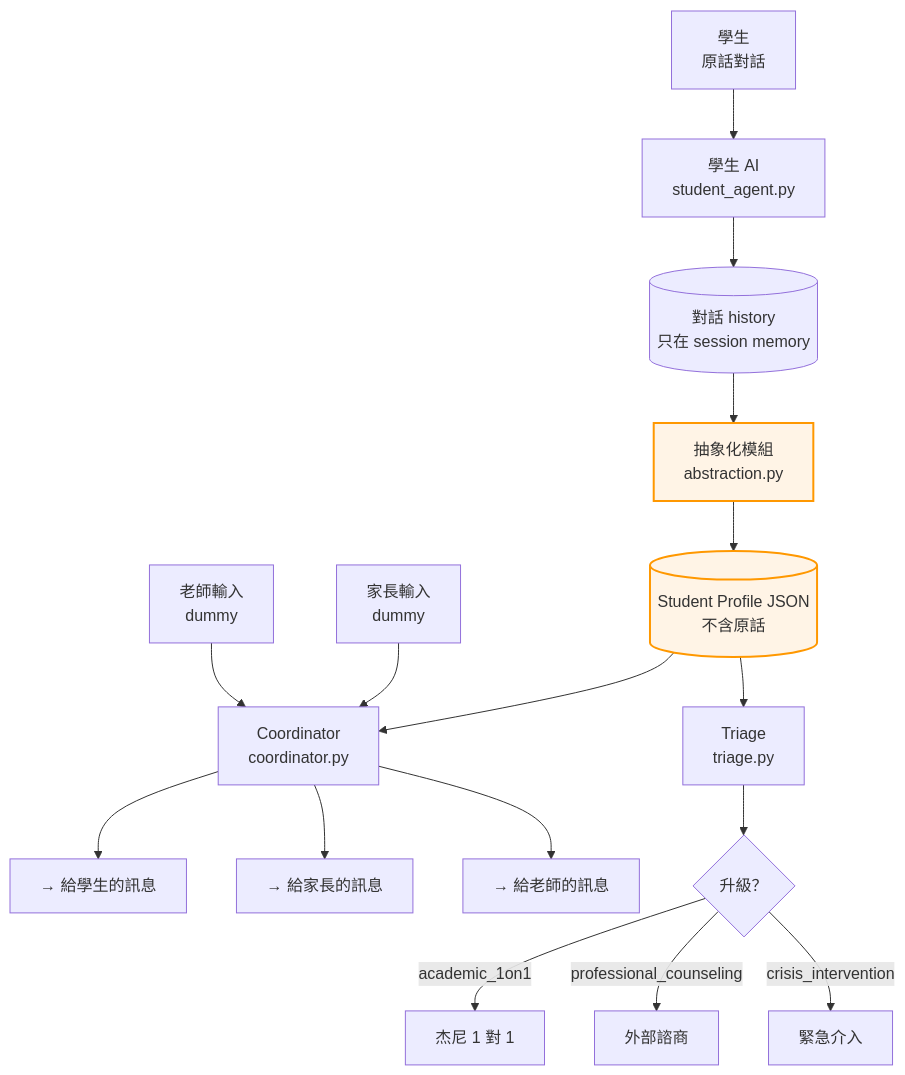
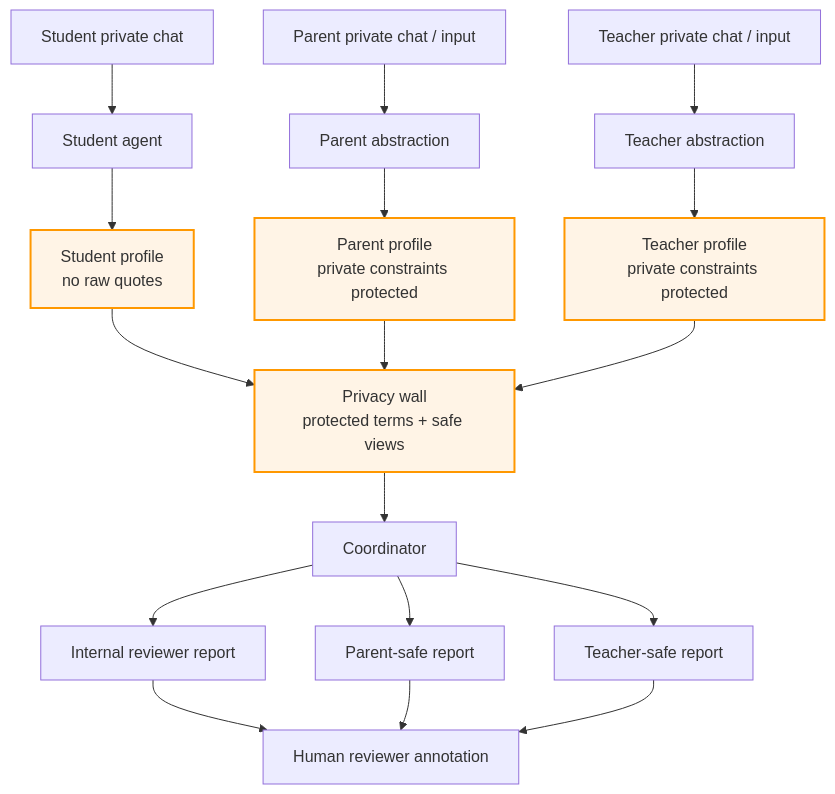
Before and after one commit to alanhdchu154/three-party-ai-mvp: the diagram in README.md, drawn with Mermaid. The commit also changed other lines of this file and 63 other files, not shown here.

````diff
--- a/README.md
+++ b/README.md
@@ -80,21 +176,24 @@
 ```mermaid
 flowchart TB
-    S[學生<br/>原話對話] --> SA[學生 AI<br/>student_agent.py]
-    SA --> H[(對話 history<br/>只在 session memory)]
-    H --> AB[抽象化模組<br/>abstraction.py]
-    AB --> P[(Student Profile JSON<br/>不含原話)]
-    P --> CO[Coordinator<br/>coordinator.py]
-    PI[家長輸入<br/>dummy] --> CO
-    TI[老師輸入<br/>dummy] --> CO
-    CO --> MS[→ 給學生的訊息]
-    CO --> MP[→ 給家長的訊息]
-    CO --> MT[→ 給老師的訊息]
-    P --> TR[Triage<br/>triage.py]
-    TR --> E{升級？}
-    E -->|academic_1on1| Z1[杰尼 1 對 1]
-    E -->|professional_counseling| Z2[外部諮商]
-    E -->|crisis_intervention| Z3[緊急介入]
+    SC[Student private chat] --> SA[Student agent]
+    PC[Parent private chat / input] --> PA[Parent abstraction]
+    TC[Teacher private chat / input] --> TA[Teacher abstraction]
+
+    SA --> SP[Student profile<br/>no raw quotes]
+    PA --> PP[Parent profile<br/>private constraints protected]
+    TA --> TP[Teacher profile<br/>private constraints protected]
+
+    SP --> PW[Privacy wall<br/>protected terms + safe views]
+    PP --> PW
+    TP --> PW
+    PW --> CO[Coordinator]
+    CO --> IR[Internal reviewer report]
+    CO --> PR[Parent-safe report]
+    CO --> TR[Teacher-safe report]
+    IR --> HR[Human reviewer annotation]
+    PR --> HR
+    TR --> HR
 
     classDef wall fill:#fff4e6,stroke:#ff9800,stroke-width:2px
-    class AB,P wall
+    class PW,SP,PP,TP wall
 ```
````
